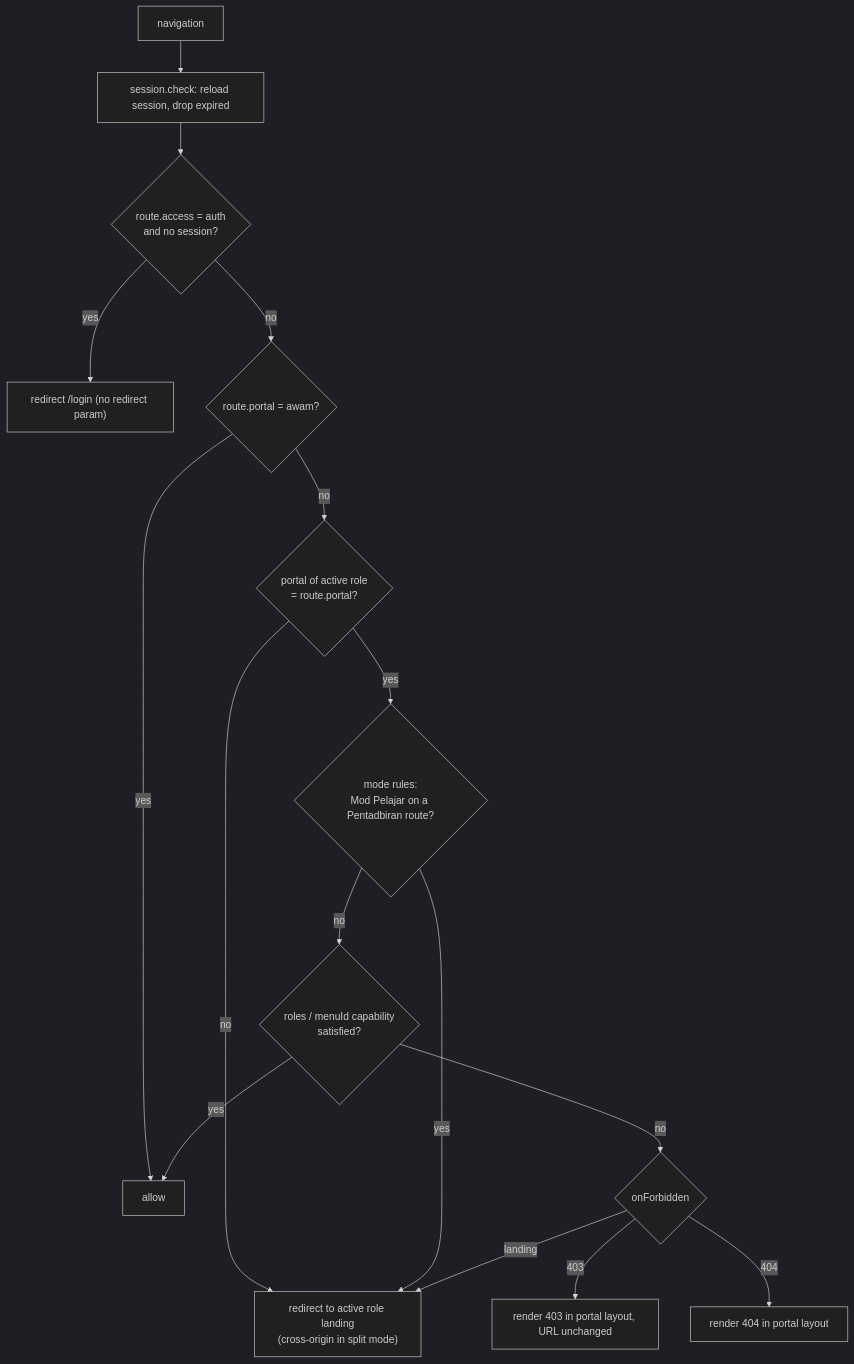
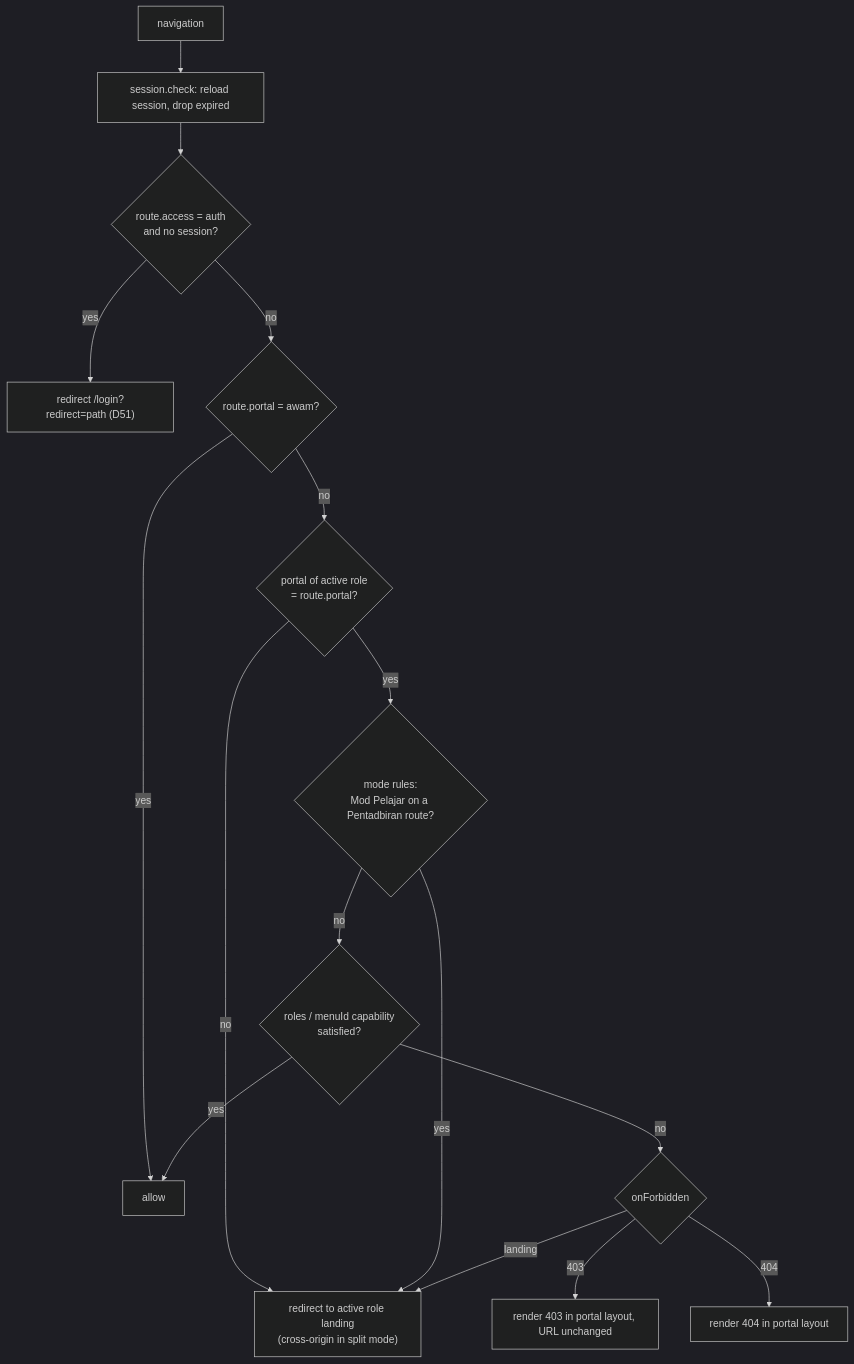
Before and after one commit to amin-kerja-orang/prestasiplus: the second of 3 diagrams in docs/architecture/v2-frontend.md, drawn with Mermaid (dark theme). The commit also changed 4 other files, not shown here.

````diff
--- a/docs/architecture/v2-frontend.md
+++ b/docs/architecture/v2-frontend.md
@@ -144,18 +144,18 @@
 ```mermaid
 flowchart TD
   A[navigation] --> B[session.check: reload session, drop expired]
   B --> C{route.access = auth<br/>and no session?}
-  C -- yes --> L["redirect /login (no redirect param)"]
+  C -- yes --> L["redirect /login?redirect=path (D51)"]
   C -- no --> D{route.portal = awam?}
   D -- yes --> OK[allow]
   D -- no --> E{portal of active role<br/>= route.portal?}
   E -- no --> P["redirect to active role landing<br/>(cross-origin in split mode)"]
   E -- yes --> F{mode rules:<br/>Mod Pelajar on a Pentadbiran route?}
   F -- yes --> P
   F -- no --> G{roles / menuId capability<br/>satisfied?}
   G -- no --> H{onForbidden}
   H -- landing --> P
   H -- 403 --> R3[render 403 in portal layout, URL unchanged]
   H -- 404 --> R4[render 404 in portal layout]
   G -- yes --> OK
 ```
````
